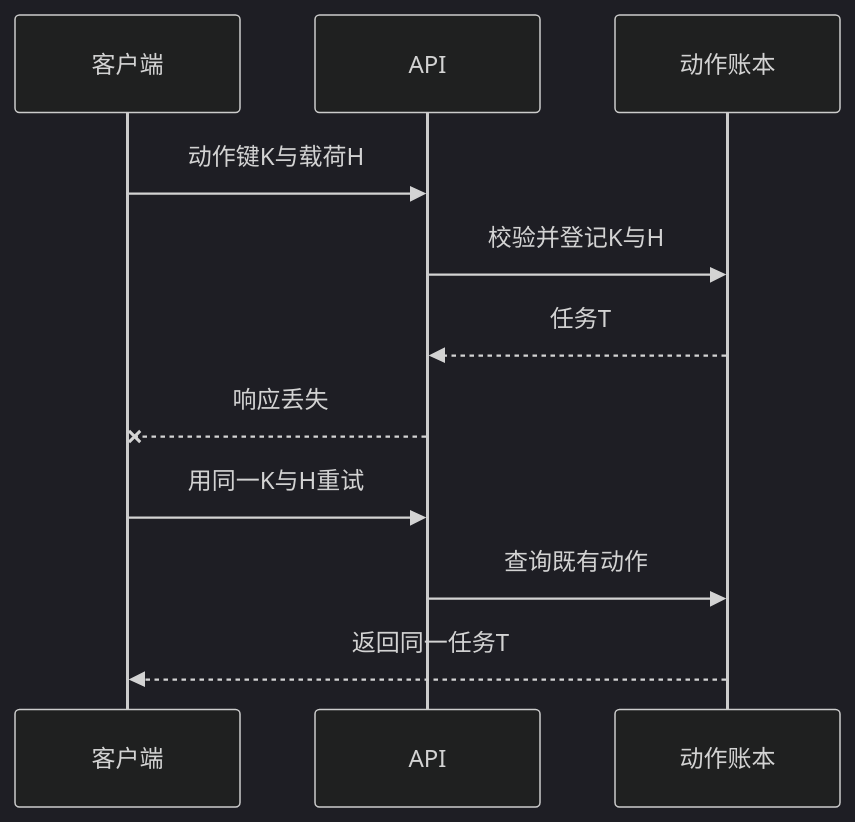
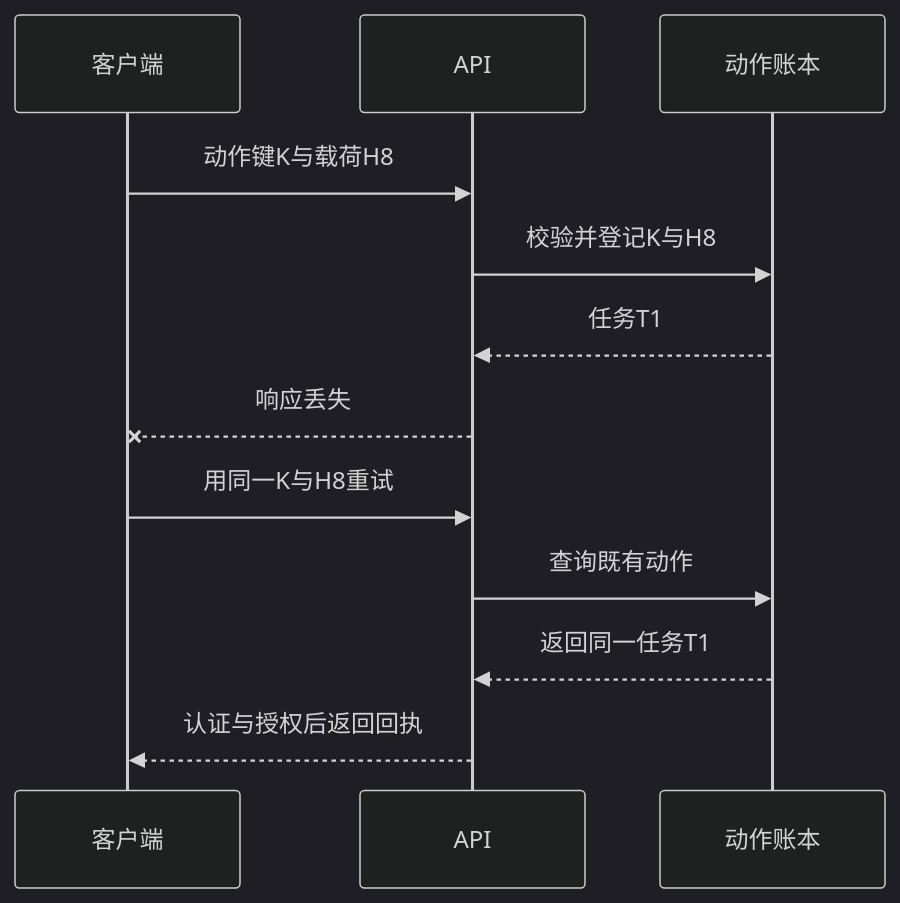
One commit to borderf/python-agent-lab changed the diagram in docs/architecture-book/04-接口契约与跨系统集成.md. Above: the diagram before and after it, drawn with Mermaid (dark theme). The commit also changed other lines of this file and 122 other files, not shown here.

````diff
--- a/docs/architecture-book/04-接口契约与跨系统集成.md
+++ b/docs/architecture-book/04-接口契约与跨系统集成.md
@@ -25,13 +73,14 @@
 ```mermaid
 sequenceDiagram
     participant C as 客户端
     participant A as API
     participant D as 动作账本
-    C->>A: 动作键K与载荷H
-    A->>D: 校验并登记K与H
-    D-->>A: 任务T
+    C->>A: 动作键K与载荷H8
+    A->>D: 校验并登记K与H8
+    D-->>A: 任务T1
     A--xC: 响应丢失
-    C->>A: 用同一K与H重试
+    C->>A: 用同一K与H8重试
     A->>D: 查询既有动作
-    D-->>C: 返回同一任务T
+    D-->>A: 返回同一任务T1
+    A-->>C: 认证与授权后返回回执
 ```
````
